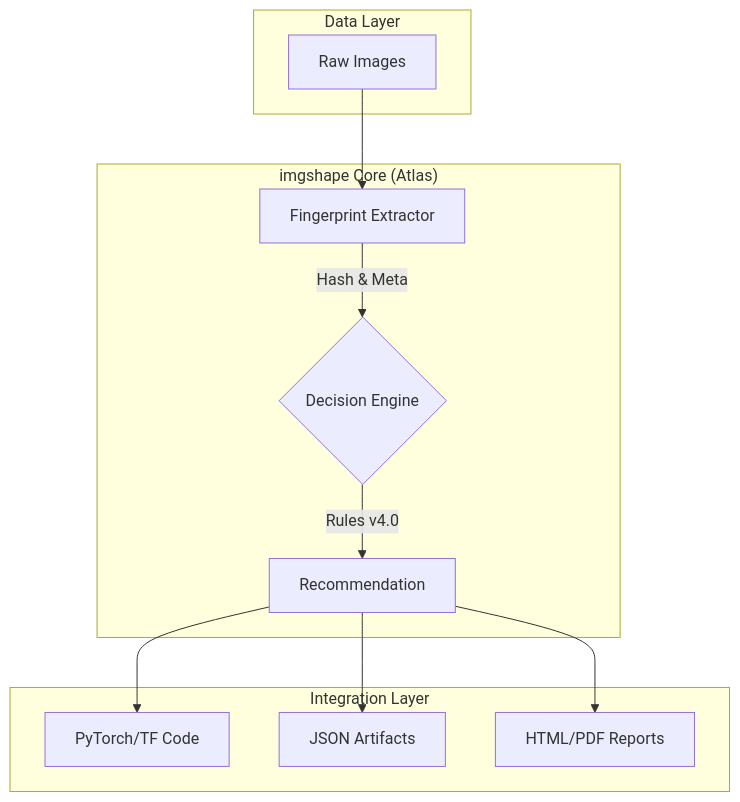
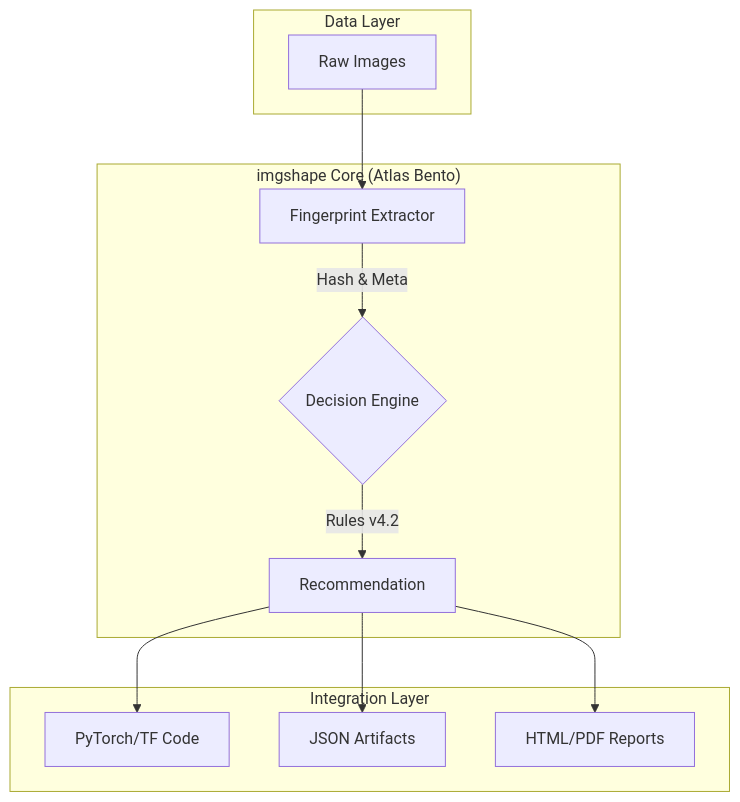
Before and after one commit to STiFLeR7/imgshape: the diagram in README.md, drawn with Mermaid. The commit also changed other lines of this file, not shown here.

````diff
--- a/README.md
+++ b/README.md
@@ -132,19 +141,19 @@
 ```mermaid
 graph TD
     subgraph "Data Layer"
     A[Raw Images]
     end
 
-    subgraph "imgshape Core (Atlas)"
+    subgraph "imgshape Core (Atlas Bento)"
     B[Fingerprint Extractor] -->|Hash & Meta| C{Decision Engine}
-    C -->|Rules v4.0| D[Recommendation]
+    C -->|Rules v4.2| D[Recommendation]
     end
 
     subgraph "Integration Layer"
     D --> E[PyTorch/TF Code]
     D --> F[JSON Artifacts]
     D --> G[HTML/PDF Reports]
     end
 
     A --> B
 ```
````
